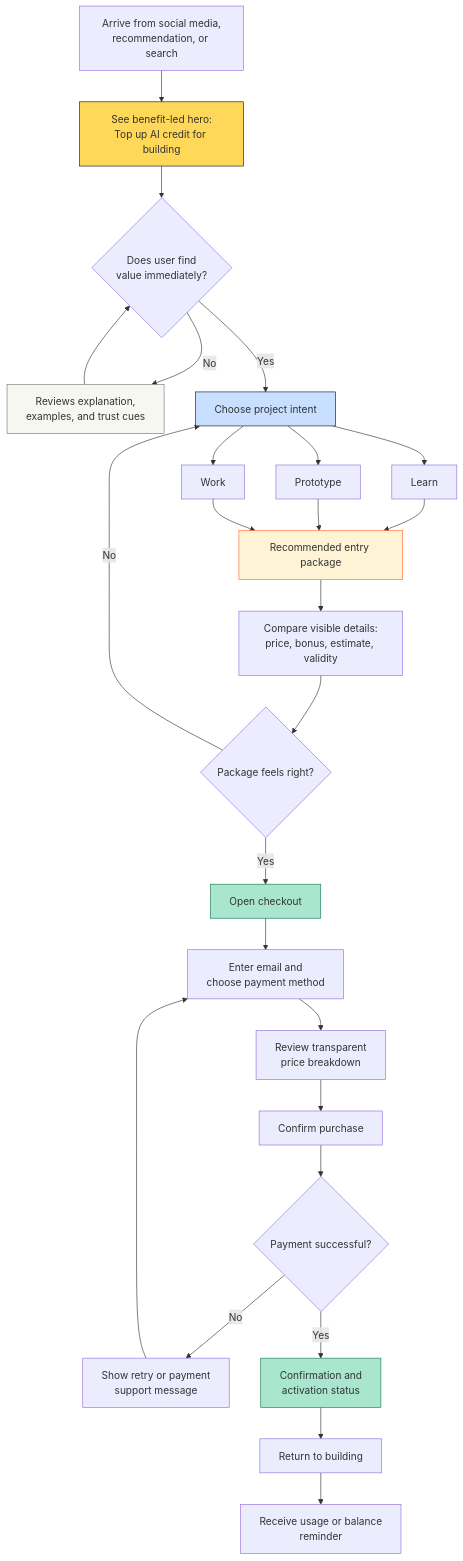
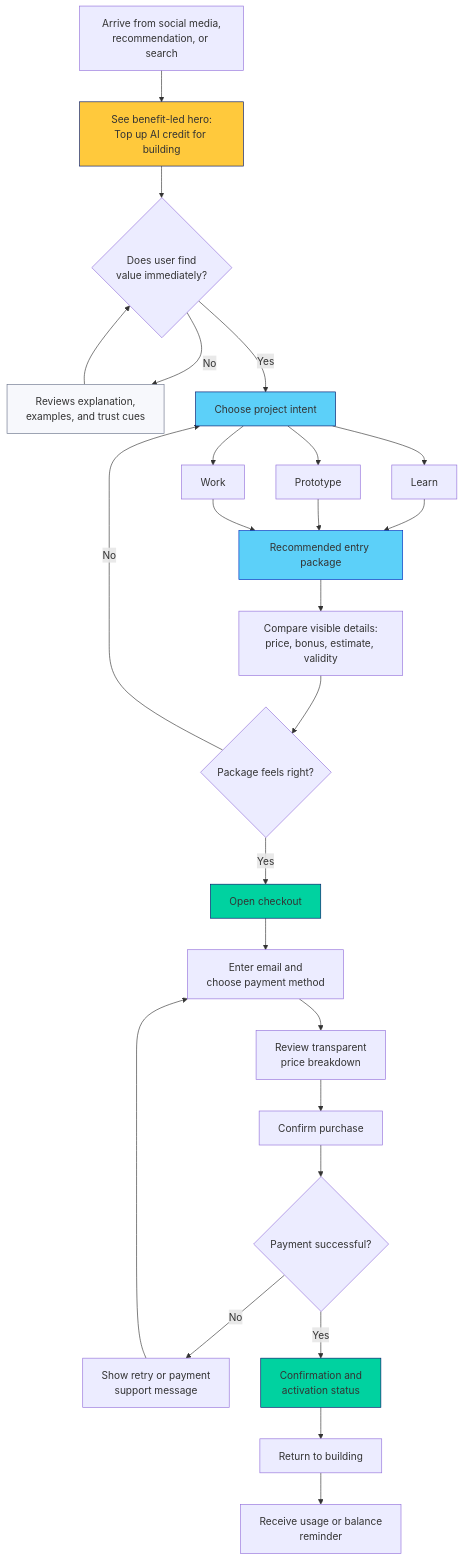
One commit to hannifkurniawan/token-nyala changed the second of 3 diagrams in docs/user-journey.md. Above: the diagram before and after it, drawn with Mermaid. The commit also changed other lines of this file and 10 other files, not shown here.

````diff
--- a/docs/user-journey.md
+++ b/docs/user-journey.md
@@ -26,51 +26,51 @@
 ```mermaid
 flowchart TD
     A[Arrive from social media,
 recommendation, or search] --> B[See benefit-led hero:
 Top up AI credit for building]
 
     B --> C{Does user find
 value immediately?}
     C -->|No| X1[Reviews explanation,
 examples, and trust cues]
     X1 --> C
     C -->|Yes| D[Choose project intent]
 
     D --> D1[Learn]
     D --> D2[Prototype]
     D --> D3[Work]
 
     D1 --> E[Recommended entry package]
     D2 --> E
     D3 --> E
 
     E --> F[Compare visible details:
 price, bonus, estimate, validity]
     F --> G{Package feels right?}
     G -->|No| D
     G -->|Yes| H[Open checkout]
 
     H --> I[Enter email and
 choose payment method]
     I --> J[Review transparent
 price breakdown]
     J --> K[Confirm purchase]
 
     K --> L{Payment successful?}
     L -->|No| M[Show retry or payment
 support message]
     M --> I
     L -->|Yes| N[Confirmation and
 activation status]
 
     N --> O[Return to building]
     O --> P[Receive usage or balance
 reminder]
 
-    style B fill:#FFD85A,stroke:#17181A
-    style D fill:#C8DFFF,stroke:#17181A
-    style H fill:#A8E6CF,stroke:#16794C
-    style N fill:#A8E6CF,stroke:#16794C
-    style X1 fill:#F7F7F2,stroke:#74777D
-    style E fill:#FFF3D6,stroke:#FF6B35
+    style B fill:#FFC93C,stroke:#00166A
+    style D fill:#5CD0F9,stroke:#00166A
+    style H fill:#00D2A0,stroke:#00166A
+    style N fill:#00D2A0,stroke:#00166A
+    style X1 fill:#F7F8FC,stroke:#69728A
+    style E fill:#5CD0F9,stroke:#002DBB
 ```
````
